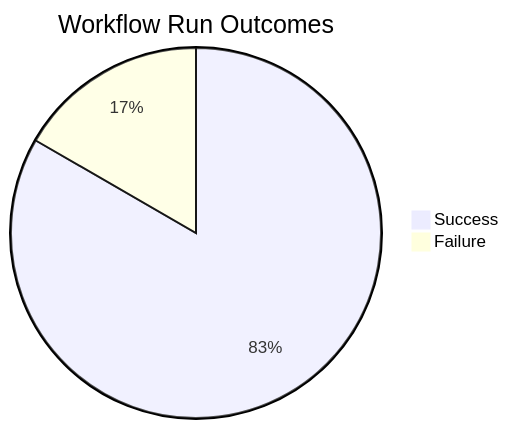
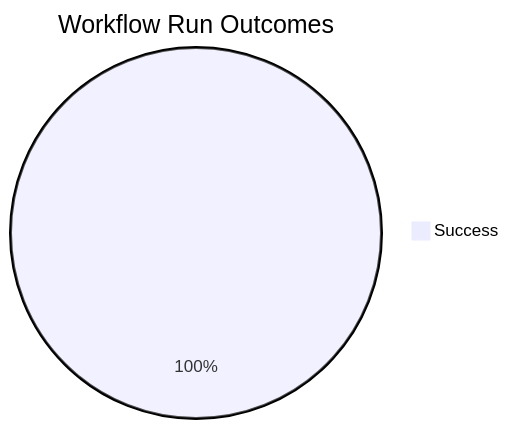
The first of 4 diagrams in docs/ci-cd/dora-summary.md (ukma-cs-ssdm-2025/rate-ukma), drawn with Mermaid before and after one commit. The commit also changed other lines of this file, not shown here.

````diff
--- a/docs/ci-cd/dora-summary.md
+++ b/docs/ci-cd/dora-summary.md
@@ -22,5 +22,4 @@
 ```mermaid
 pie title Workflow Run Outcomes
-    "Success" : 5
-    "Failure" : 1
+    "Success" : 1
 ```
````
